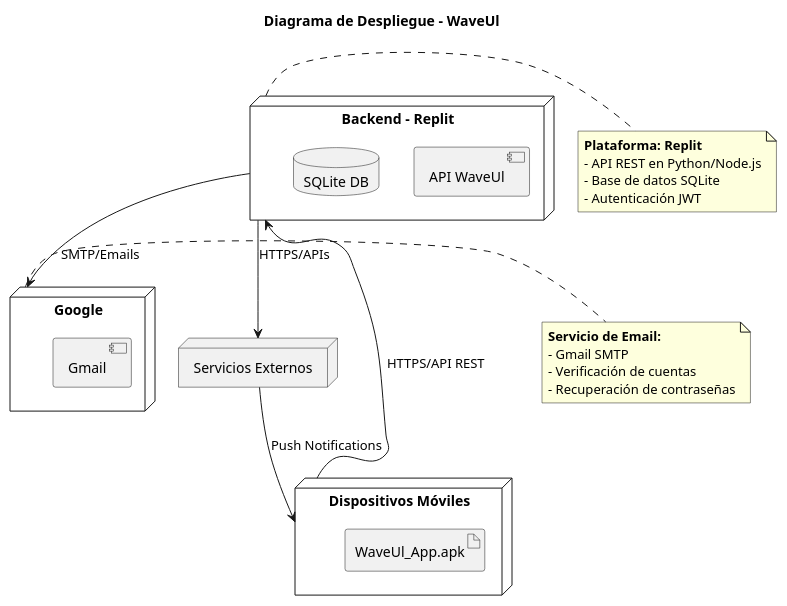
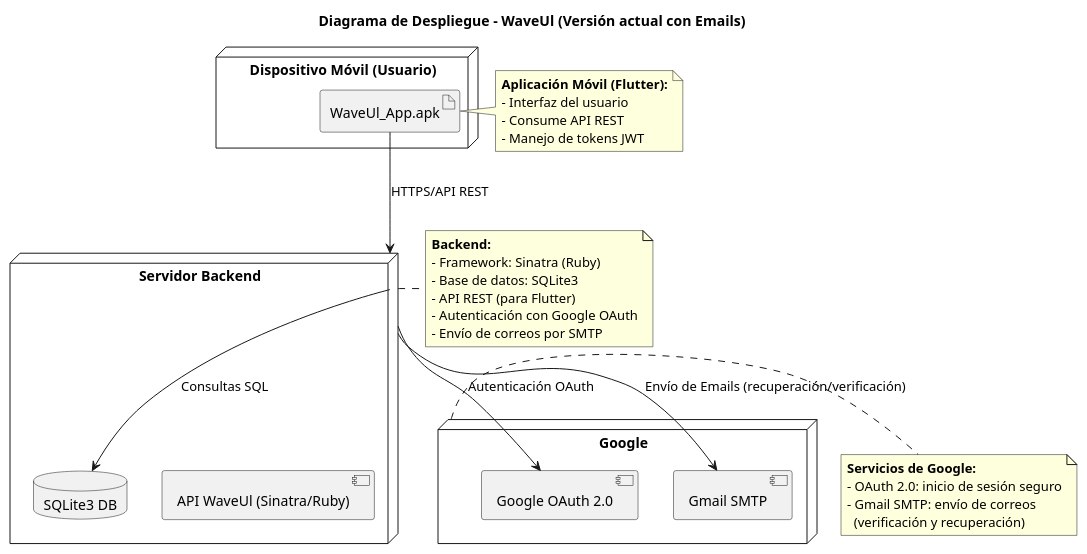
One commit to PatrickLeon24/ProyectoPrograMovil changed the diagram in Docs/Diagramas/Despliegue.puml. Above: the diagram before and after it, drawn with PlantUML. The commit also changed 4 other files, not shown here.

```diff
--- a/Docs/Diagramas/Despliegue.puml
+++ b/Docs/Diagramas/Despliegue.puml
@@ -1,43 +1,49 @@
 @startuml
-title Diagrama de Despliegue - WaveUl
+title Diagrama de Despliegue - WaveUl (Versión actual con Emails)
 
 ' Nodos principales
-node "Dispositivos Móviles" {
-  artifact "WaveUl_App.apk"
+node "Dispositivo Móvil (Usuario)" {
+  artifact "WaveUl_App.apk" as app
 }
 
-node "Backend - Replit" {
-  component "API WaveUl"
-  database "SQLite DB"
+node "Servidor Backend" {
+  component "API WaveUl (Sinatra/Ruby)"
+  database "SQLite3 DB"
 }
 
 node "Google" {
-  component "Gmail"
-}
-
-node "Servicios Externos" {
-  
+  component "Google OAuth 2.0"
+  component "Gmail SMTP"
 }
 
 ' Conexiones entre nodos
-"Dispositivos Móviles" --> "Backend - Replit" : HTTPS/API REST
-"Backend - Replit" --> "Google" : SMTP/Emails
-"Backend - Replit" --> "Servicios Externos" : HTTPS/APIs
-"Servicios Externos" --> "Dispositivos Móviles" : Push Notifications
+app --> "Servidor Backend" : HTTPS/API REST
+"Servidor Backend" --> "Google OAuth 2.0" : Autenticación OAuth
+"Servidor Backend" --> "SQLite3 DB" : Consultas SQL
+"Servidor Backend" --> "Gmail SMTP" : Envío de Emails (recuperación/verificación)
 
 ' Notas explicativas
-note right of "Backend - Replit"
-  **Plataforma: Replit**
-  - API REST en Python/Node.js
-  - Base de datos SQLite
-  - Autenticación JWT
+note right of "Servidor Backend"
+  **Backend:**
+  - Framework: Sinatra (Ruby)
+  - Base de datos: SQLite3
+  - API REST (para Flutter)
+  - Autenticación con Google OAuth
+  - Envío de correos por SMTP
 end note
 
 note right of "Google"
-  **Servicio de Email:**
-  - Gmail SMTP
-  - Verificación de cuentas
-  - Recuperación de contraseñas
+  **Servicios de Google:**
+  - OAuth 2.0: inicio de sesión seguro
+  - Gmail SMTP: envío de correos
+    (verificación y recuperación)
+end note
+
+note right of app
+  **Aplicación Móvil (Flutter):**
+  - Interfaz del usuario
+  - Consume API REST
+  - Manejo de tokens JWT
 end note
 
 @enduml
```
